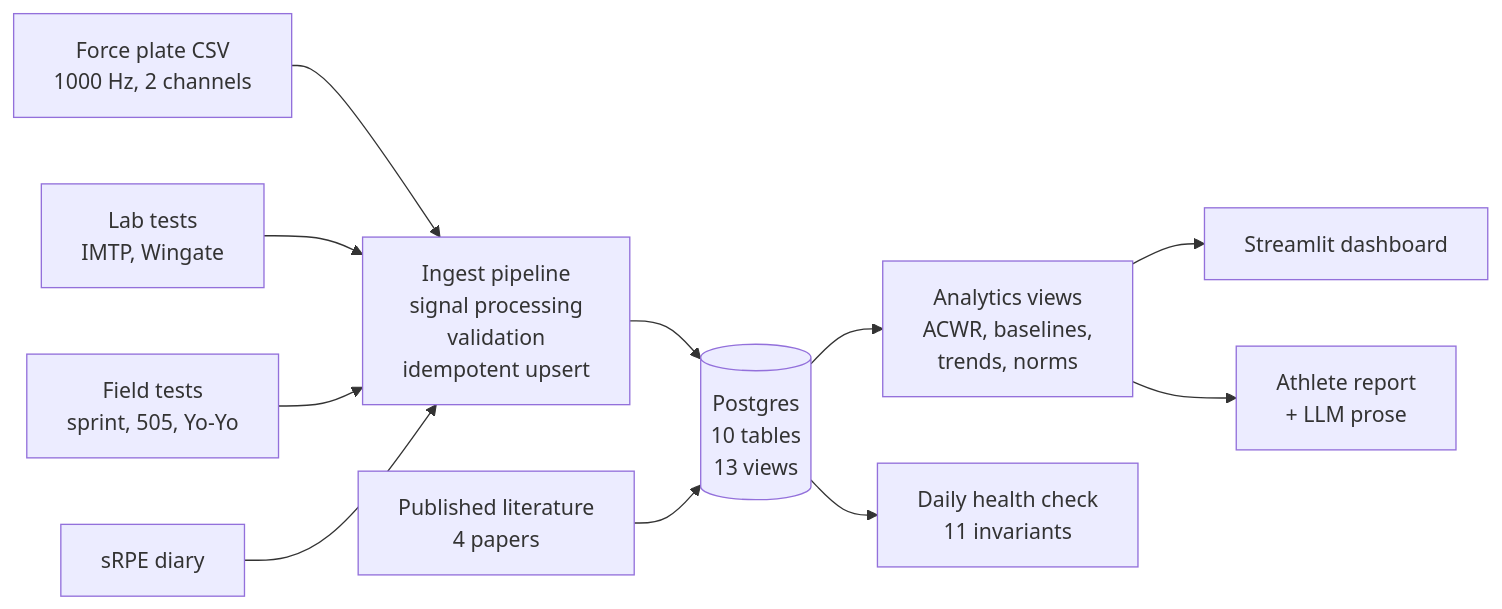
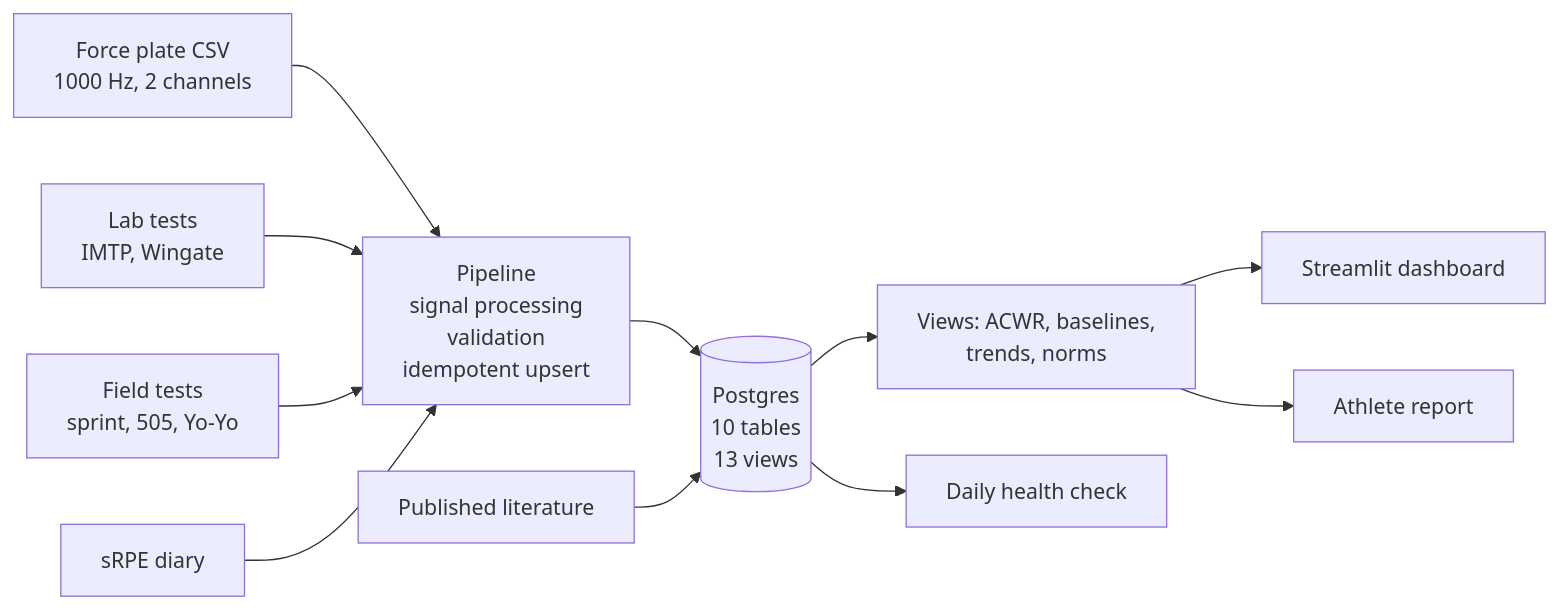
The diagram in README.md (Bolu-V50/athlete-performance-platform), drawn with Mermaid before and after one commit. The commit also changed other lines of this file, not shown here.

````diff
--- a/README.md
+++ b/README.md
@@ -32,13 +58,13 @@
 ```mermaid
 flowchart LR
   A["Force plate CSV<br/>1000 Hz, 2 channels"] --> P
   B["Lab tests<br/>IMTP, Wingate"] --> P
   C["Field tests<br/>sprint, 505, Yo-Yo"] --> P
   D["sRPE diary"] --> P
-  P["Ingest pipeline<br/>signal processing<br/>validation<br/>idempotent upsert"] --> DB[("Postgres<br/>10 tables<br/>13 views")]
-  L["Published literature<br/>4 papers"] --> DB
-  DB --> V["Analytics views<br/>ACWR, baselines,<br/>trends, norms"]
+  P["Pipeline<br/>signal processing<br/>validation<br/>idempotent upsert"] --> DB[("Postgres<br/>10 tables<br/>13 views")]
+  L["Published literature"] --> DB
+  DB --> V["Views: ACWR, baselines,<br/>trends, norms"]
   V --> S["Streamlit dashboard"]
-  V --> R["Athlete report<br/>+ LLM prose"]
-  DB --> H["Daily health check<br/>11 invariants"]
+  V --> R["Athlete report"]
+  DB --> H["Daily health check"]
 ```
````
